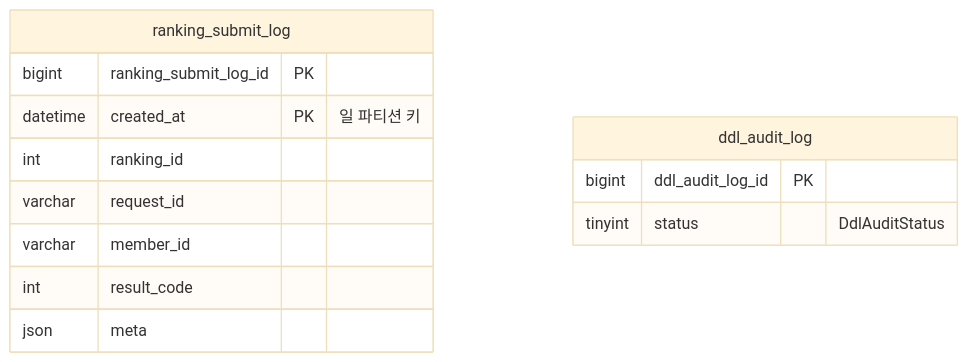
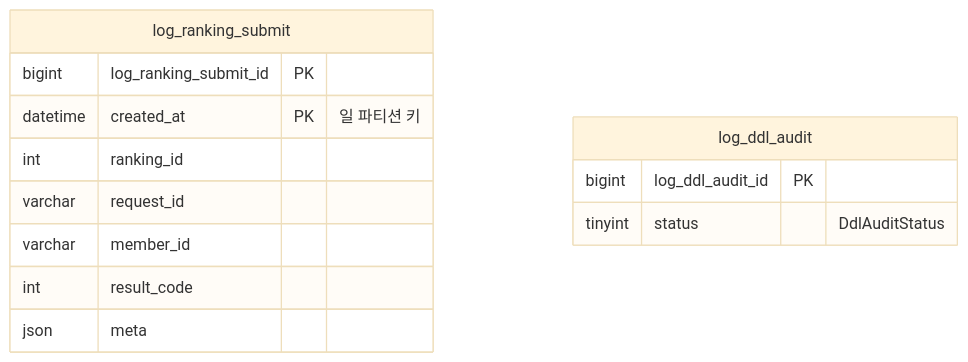
Before and after one commit to trisakion0500/podium-de: the third of 6 diagrams in docs/04_SCHEMA.md, drawn with Mermaid (base theme). The commit also changed other lines of this file and 18 other files, not shown here.

````diff
--- a/docs/04_SCHEMA.md
+++ b/docs/04_SCHEMA.md
@@ -160,16 +152,16 @@
 ```mermaid
 erDiagram
-    ranking_submit_log {
-        bigint ranking_submit_log_id PK
+    log_ranking_submit {
+        bigint log_ranking_submit_id PK
         datetime created_at PK "일 파티션 키"
         int ranking_id
         varchar request_id
         varchar member_id
         int result_code
         json meta
     }
-    ddl_audit_log {
-        bigint ddl_audit_log_id PK
+    log_ddl_audit {
+        bigint log_ddl_audit_id PK
         tinyint status "DdlAuditStatus"
     }
 ```
````
